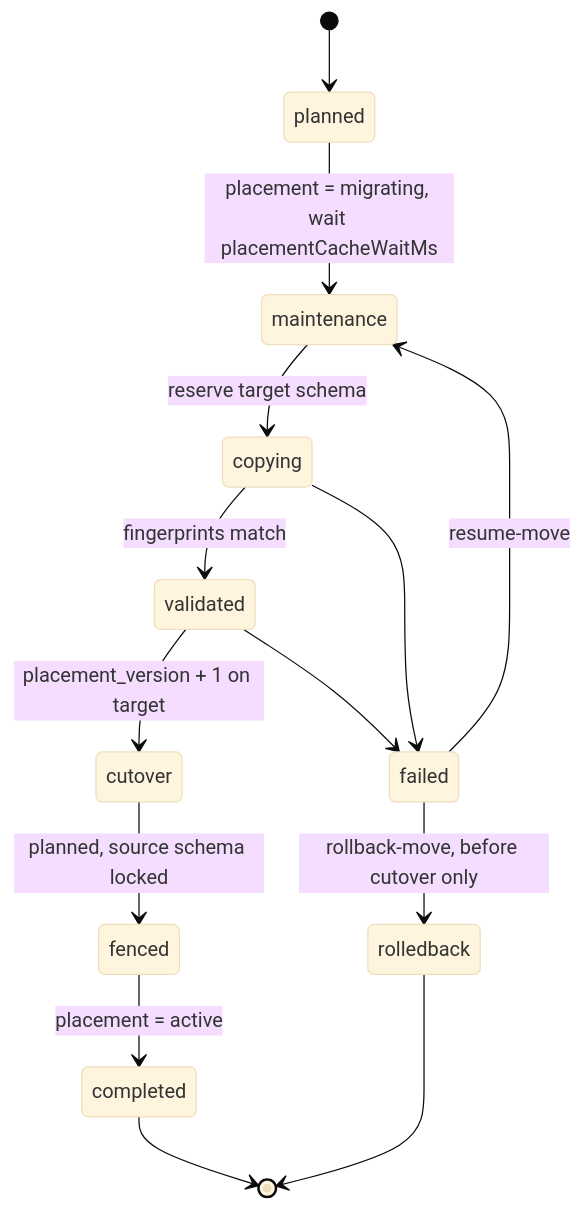
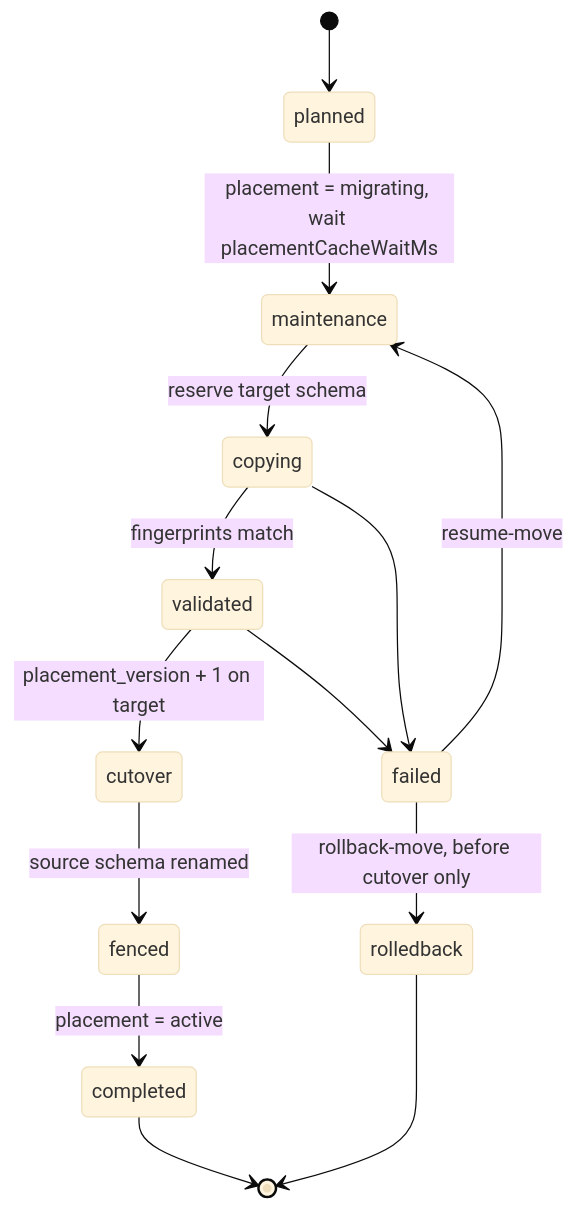
Before and after one commit to 0furkancolak/pgcells: the second of 2 diagrams in docs/guides/regions.md, drawn with Mermaid (base theme). The commit also changed other lines of this file and 25 other files, not shown here.

First line of the commit message:
feat: fence the source schema at cutover, enforce the cache-wait invariant, directory replicas and stale-if-error

````diff
--- a/docs/guides/regions.md
+++ b/docs/guides/regions.md
@@ -134,16 +134,16 @@
 ```mermaid
 stateDiagram-v2
   [*] --> planned
   planned --> maintenance: placement = migrating, wait placementCacheWaitMs
   maintenance --> copying: reserve target schema
   copying --> validated: fingerprints match
   validated --> cutover: placement_version + 1 on target
-  cutover --> fenced: planned, source schema locked
+  cutover --> fenced: source schema renamed
   fenced --> completed: placement = active
   copying --> failed
   validated --> failed
   failed --> maintenance: resume-move
   failed --> rolledback: rollback-move, before cutover only
   completed --> [*]
   rolledback --> [*]
 ```
````
